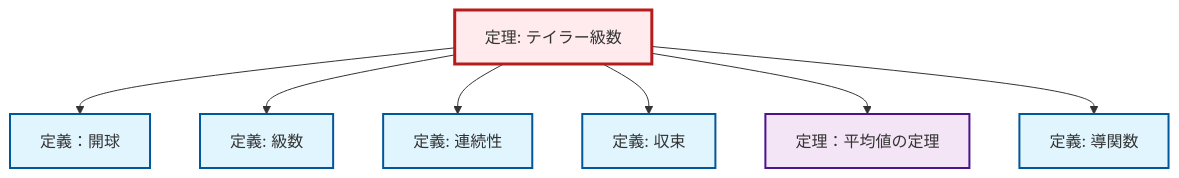
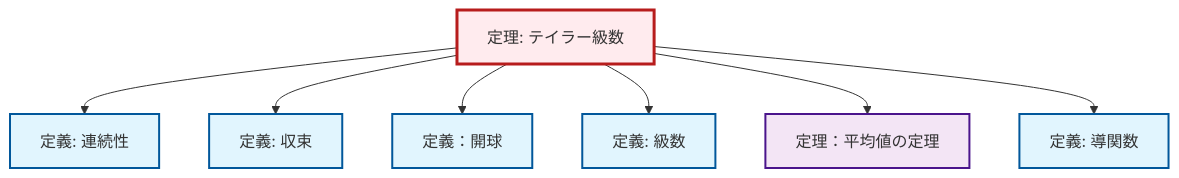
One commit to RK0429/ModernMath changed the diagram in content/ja/analysis/thm-taylor-series.qmd. Above: the diagram before and after it, drawn with Mermaid. The commit also changed other lines of this file and 328 other files, not shown here.

````diff
--- a/content/ja/analysis/thm-taylor-series.qmd
+++ b/content/ja/analysis/thm-taylor-series.qmd
@@ -109,29 +109,29 @@
 ```{mermaid}
 %%| fig-cap: "ローカル依存関係グラフ"
 graph TD
     classDef definition fill:#e1f5fe,stroke:#01579b,stroke-width:2px
     classDef theorem fill:#f3e5f5,stroke:#4a148c,stroke-width:2px
     classDef axiom fill:#fff3e0,stroke:#e65100,stroke-width:2px
     classDef example fill:#e8f5e9,stroke:#1b5e20,stroke-width:2px
     classDef current fill:#ffebee,stroke:#b71c1c,stroke-width:3px
+    def-derivative["定義: 導関数"]:::definition
+    def-open-ball["定義：開球"]:::definition
     thm-mean-value["定理：平均値の定理"]:::theorem
-    def-derivative["定義: 導関数"]:::definition
     def-convergence["定義: 収束"]:::definition
-    def-open-ball["定義：開球"]:::definition
     def-series["定義: 級数"]:::definition
     thm-taylor-series["定理: テイラー級数"]:::theorem
     def-continuity["定義: 連続性"]:::definition
+    thm-taylor-series --> def-continuity
+    thm-taylor-series --> def-convergence
     thm-taylor-series --> def-open-ball
     thm-taylor-series --> def-series
-    thm-taylor-series --> def-continuity
-    thm-taylor-series --> def-convergence
     thm-taylor-series --> thm-mean-value
     thm-taylor-series --> def-derivative
     class thm-taylor-series current
+    click def-derivative "def-derivative.html" "導関数の定義へ"
+    click def-open-ball "def-open-ball.html" "定義：開球へ"
     click thm-mean-value "thm-mean-value.html" "定理：平均値の定理へ"
-    click def-derivative "def-derivative.html" "導関数の定義へ"
     click def-convergence "def-convergence.html" "収束の定義へ"
-    click def-open-ball "def-open-ball.html" "定義：開球へ"
     click def-series "def-series.html" "級数の定義へ"
     click def-continuity "def-continuity.html" "連続性の定義へ"
 ```
````
